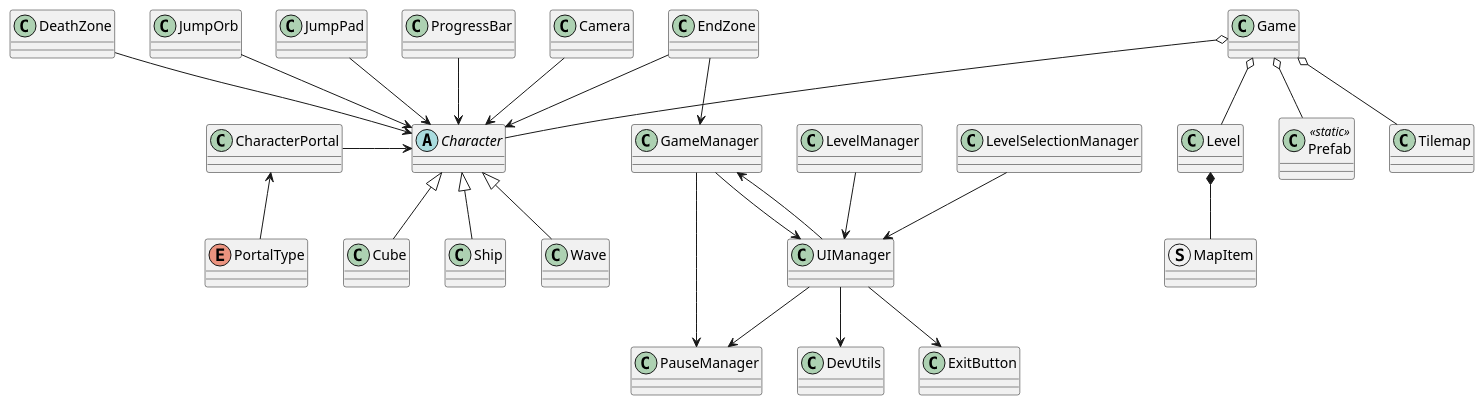
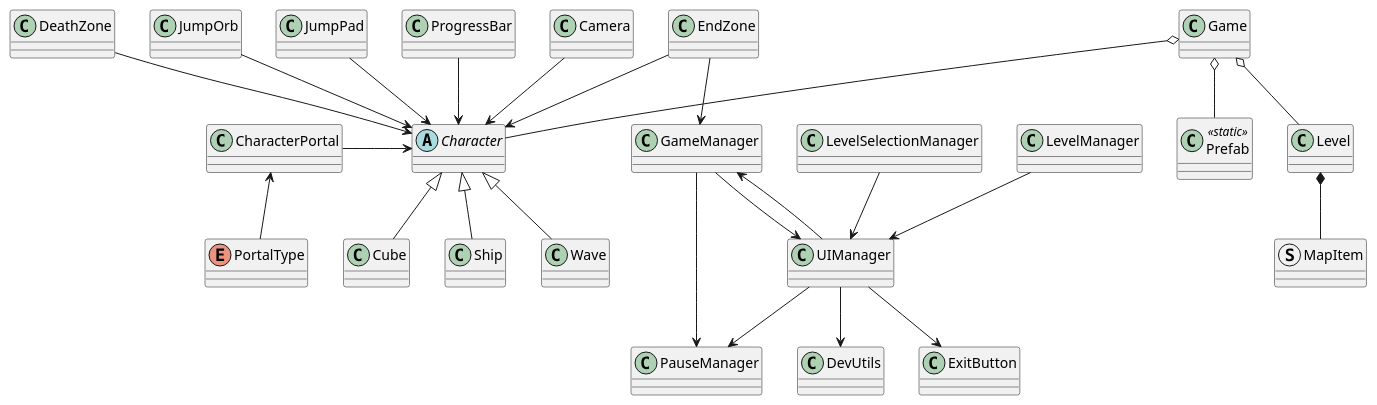
Before and after one commit to Christ0u/GeomeTry: the diagram in Diagrams/ClassLite.puml, drawn with PlantUML. The commit also changed 1 other file, not shown here.

Commit message:
CHG : Mise à jour des diagrammes de classe

```diff
--- a/Diagrams/ClassLite.puml
+++ b/Diagrams/ClassLite.puml
@@ -1,90 +1,89 @@
 @startuml GeomeTry
 
 enum PortalType 
 
 class ExitButton
 
 abstract class Character
 
 class Cube
 
 class Ship
 
 class Wave
 
 class PauseManager
 
 class CharacterPortal
 
 class Camera
 
 class DeathZone
 
 class DevUtils
 
 class EndZone
 
 class Game
 
 class GameManager
 
 class JumpOrb
 
 class JumpPad
 
 class Level
 
 class LevelManager
 
 struct MapItem
 
 class Prefab <<static>>
 
 class ProgressBar
 
 class UIManager
 
 ' Héritage
 Cube -u-|> Character
 Ship -u-|> Character
 Wave -u-|> Character
 
 ' Composition
 Level *-- MapItem
 
 ' Aggregation
 Game o-- Level
 Game o-- Prefab
 Game o-- Character
-Game o-- Tilemap
 
 ' Associations simples
 PortalType -u-> CharacterPortal
 
 JumpOrb --> Character
 JumpPad --> Character
 
 DeathZone --> Character
 
 EndZone --> Character
 EndZone --> GameManager
 
 UIManager --> GameManager
 UIManager --> DevUtils
 UIManager --> PauseManager
 UIManager --> ExitButton
 
 GameManager --> PauseManager
 GameManager --> UIManager
 
 LevelManager --> UIManager
 
 CharacterPortal -r-> Character
 
 ProgressBar --> Character
 
 Camera --> Character
 
 LevelSelectionManager --> UIManager
 
 @enduml
```
